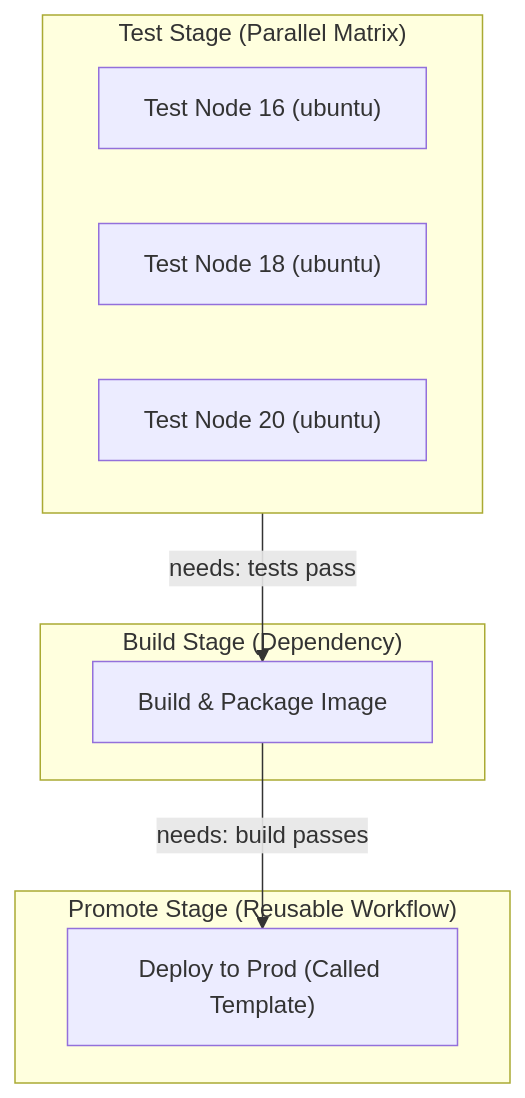
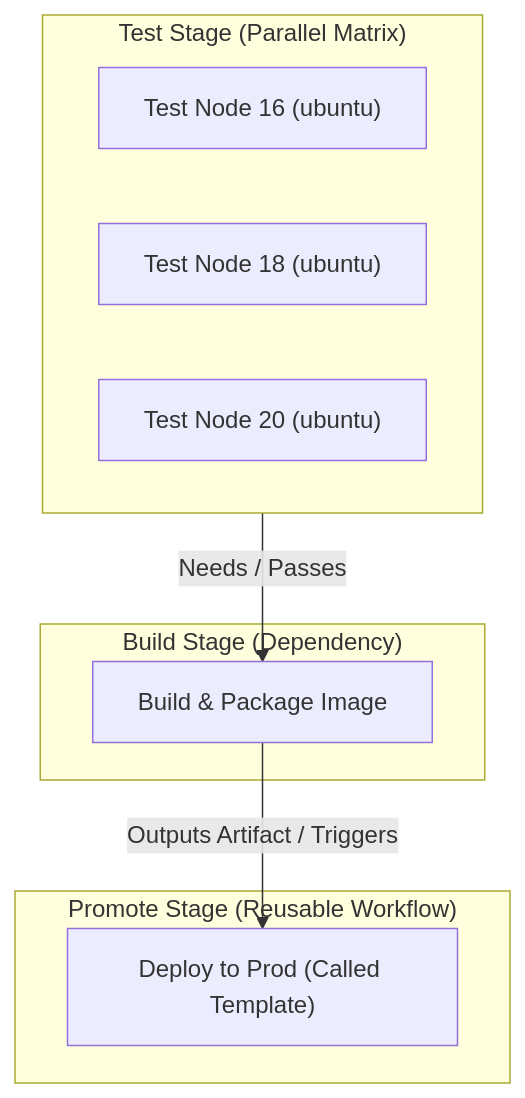
The first of 2 diagrams in Reference Notes/9-2_github_actions_advanced_execution.md (kmashour/BrainDump), drawn with Mermaid before and after one commit. The commit also changed other lines of this file and 52 other files, not shown here.

````diff
--- a/Reference Notes/9-2_github_actions_advanced_execution.md
+++ b/Reference Notes/9-2_github_actions_advanced_execution.md
@@ -11,19 +23,19 @@
 ```mermaid
 graph TD
     subgraph TestStage["Test Stage (Parallel Matrix)"]
         TestNode16["Test Node 16 (ubuntu)"]
         TestNode18["Test Node 18 (ubuntu)"]
         TestNode20["Test Node 20 (ubuntu)"]
     end
 
     subgraph BuildStage["Build Stage (Dependency)"]
         BuildJob["Build & Package Image"]
     end
 
     subgraph PromoteStage["Promote Stage (Reusable Workflow)"]
         DeployProd["Deploy to Prod (Called Template)"]
     end
 
-    TestStage -->|needs: tests pass| BuildJob
-    BuildJob -->|needs: build passes| DeployProd
+    TestStage -->|Needs / Passes| BuildJob
+    BuildJob -->|Outputs Artifact / Triggers| DeployProd
 ```
````
